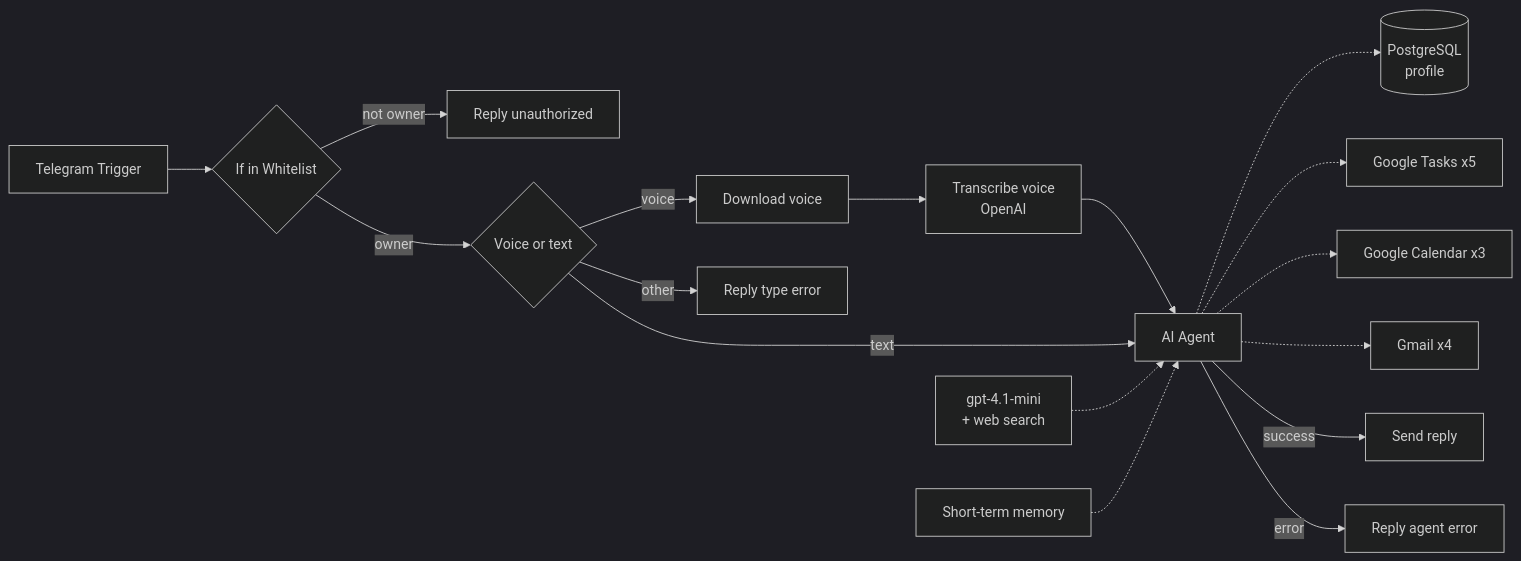
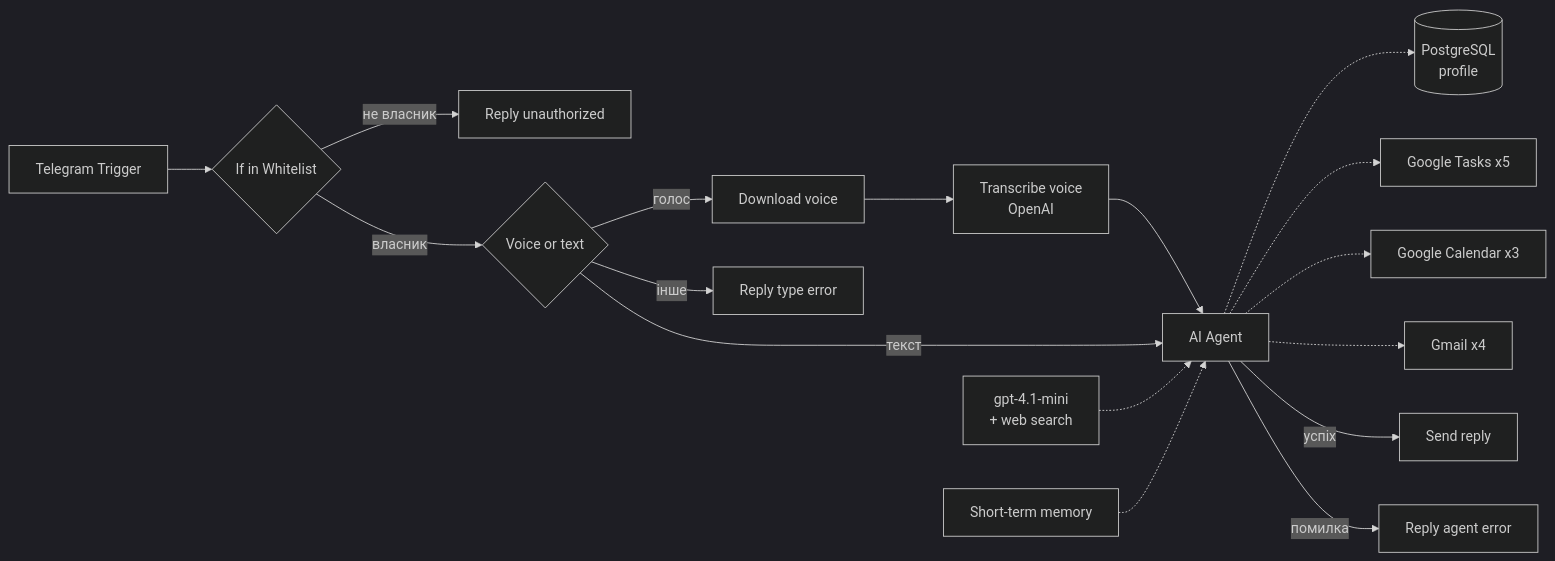
The diagram in README.md (zalp25/TG_Assistant), drawn with Mermaid (dark theme) before and after one commit. The commit also changed other lines of this file and 1 other file, not shown here.

````diff
--- a/README.md
+++ b/README.md
@@ -84,21 +85,21 @@
 ```mermaid
 flowchart LR
     TG[Telegram Trigger] --> WL{If in Whitelist}
-    WL -- not owner --> UN[Reply unauthorized]
-    WL -- owner --> SW{Voice or text}
-    SW -- voice --> DL[Download voice]
+    WL -- не власник --> UN[Reply unauthorized]
+    WL -- власник --> SW{Voice or text}
+    SW -- голос --> DL[Download voice]
     DL --> TR[Transcribe voice<br/>OpenAI]
     TR --> AG[AI Agent]
-    SW -- text --> AG
-    SW -- other --> TE[Reply type error]
+    SW -- текст --> AG
+    SW -- інше --> TE[Reply type error]
 
     LLM[gpt-4.1-mini<br/>+ web search] -.-> AG
     MEM[Short-term memory] -.-> AG
     AG -.-> PG[(PostgreSQL<br/>profile)]
     AG -.-> GT[Google Tasks x5]
     AG -.-> GC[Google Calendar x3]
     AG -.-> GM[Gmail x4]
 
-    AG -- success --> RP[Send reply]
-    AG -- error --> ER[Reply agent error]
+    AG -- успіх --> RP[Send reply]
+    AG -- помилка --> ER[Reply agent error]
 ```
````
